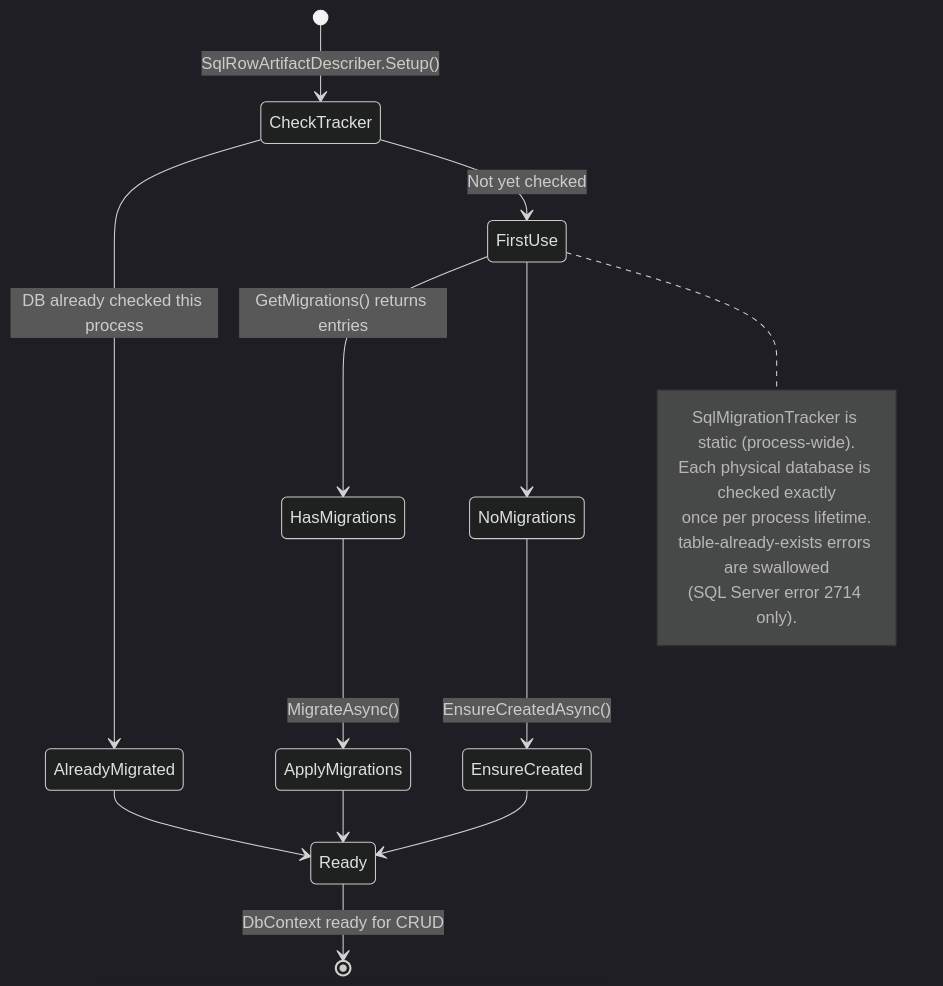
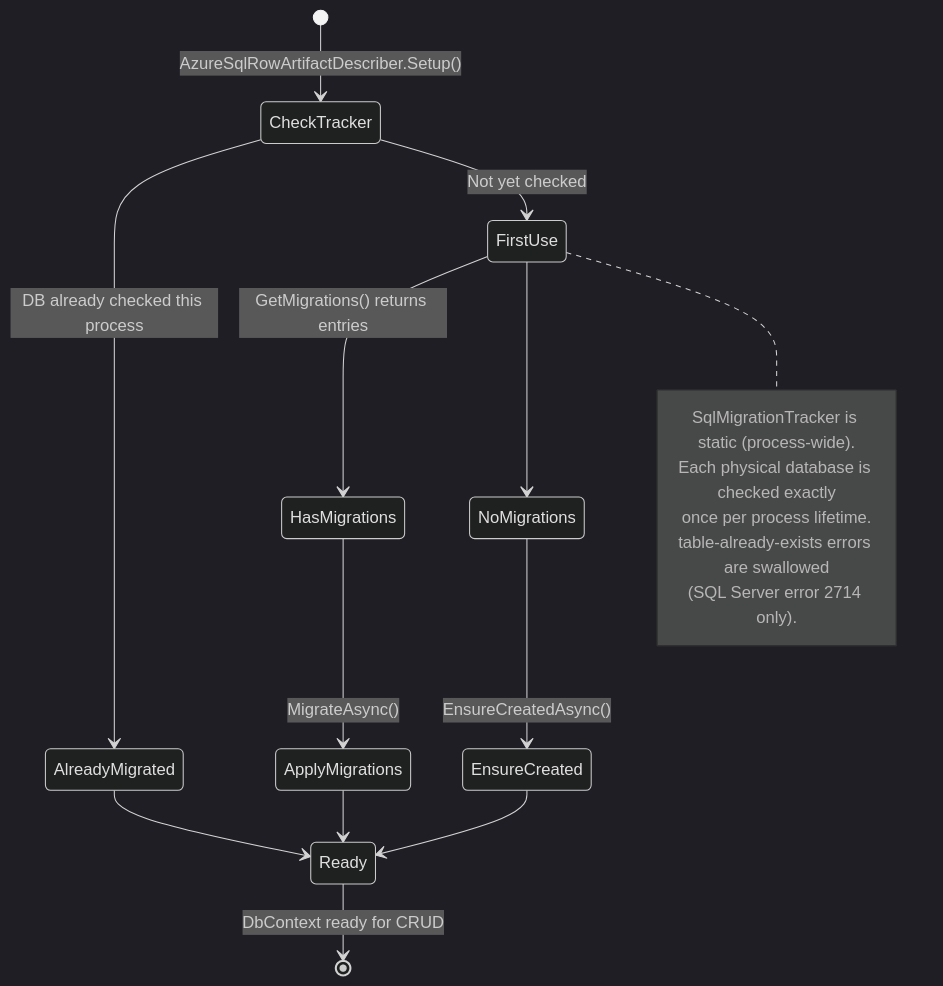
One commit to DeadMoon0/TestFramework-Azure changed diagram 16 of 17 in Documentation/Arc42.md. Above: the diagram before and after it, drawn with Mermaid (dark theme). The commit also changed other lines of this file and 16 other files, not shown here.

````diff
--- a/Documentation/Arc42.md
+++ b/Documentation/Arc42.md
@@ -699,24 +699,24 @@
 ```mermaid
 stateDiagram-v2
-    [*] --> CheckTracker : SqlRowArtifactDescriber.Setup()
+    [*] --> CheckTracker : AzureSqlRowArtifactDescriber.Setup()
     CheckTracker --> AlreadyMigrated : DB already checked this process
     AlreadyMigrated --> Ready
 
     CheckTracker --> FirstUse : Not yet checked
     FirstUse --> HasMigrations : GetMigrations() returns entries
     HasMigrations --> ApplyMigrations : MigrateAsync()
     FirstUse --> NoMigrations
     NoMigrations --> EnsureCreated : EnsureCreatedAsync()
     ApplyMigrations --> Ready
     EnsureCreated --> Ready
 
     Ready --> [*] : DbContext ready for CRUD
 
     note right of FirstUse
         SqlMigrationTracker is static (process-wide).
         Each physical database is checked exactly
         once per process lifetime.
         table-already-exists errors are swallowed
         (SQL Server error 2714 only).
     end note
 ```
````
